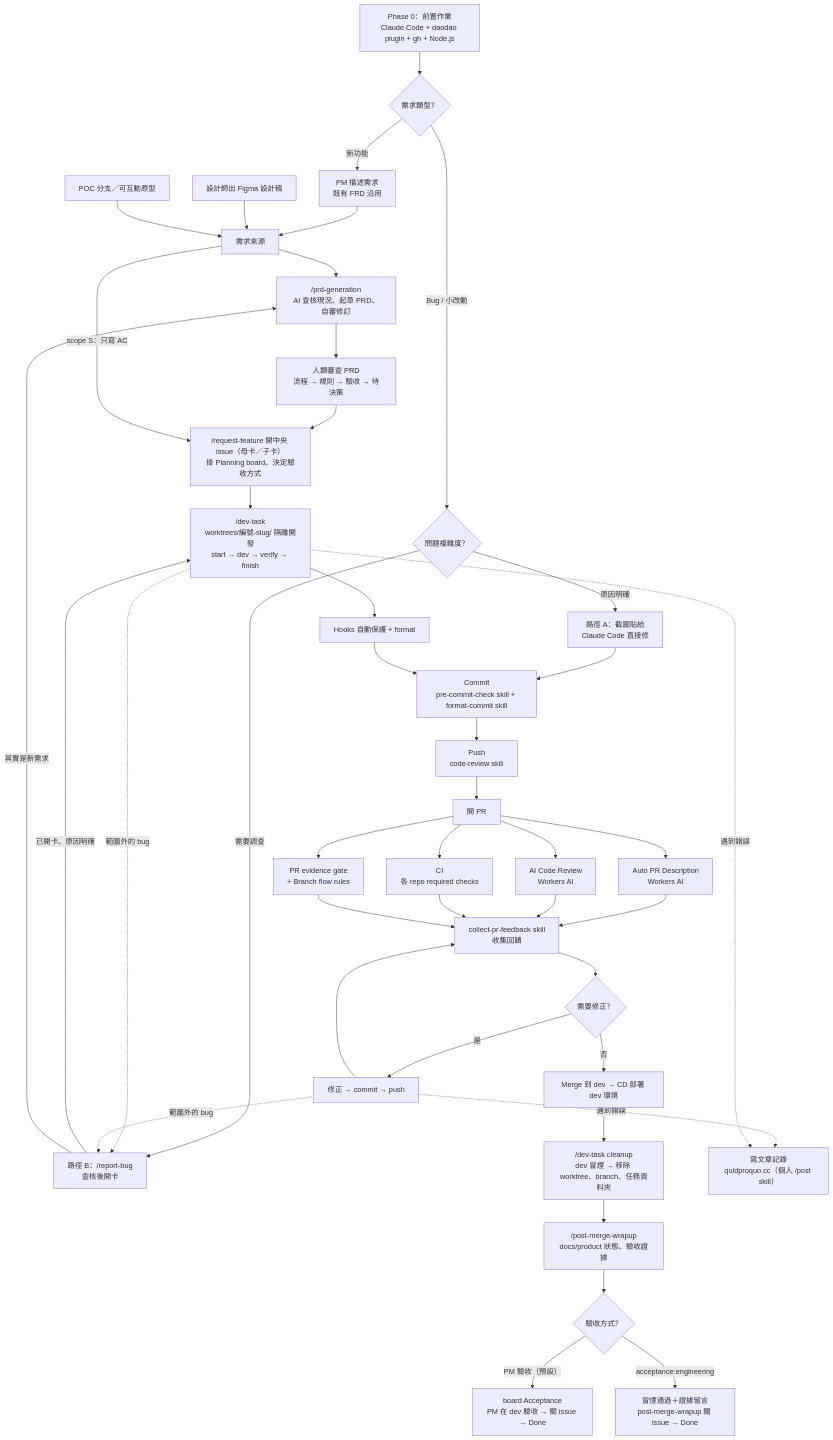
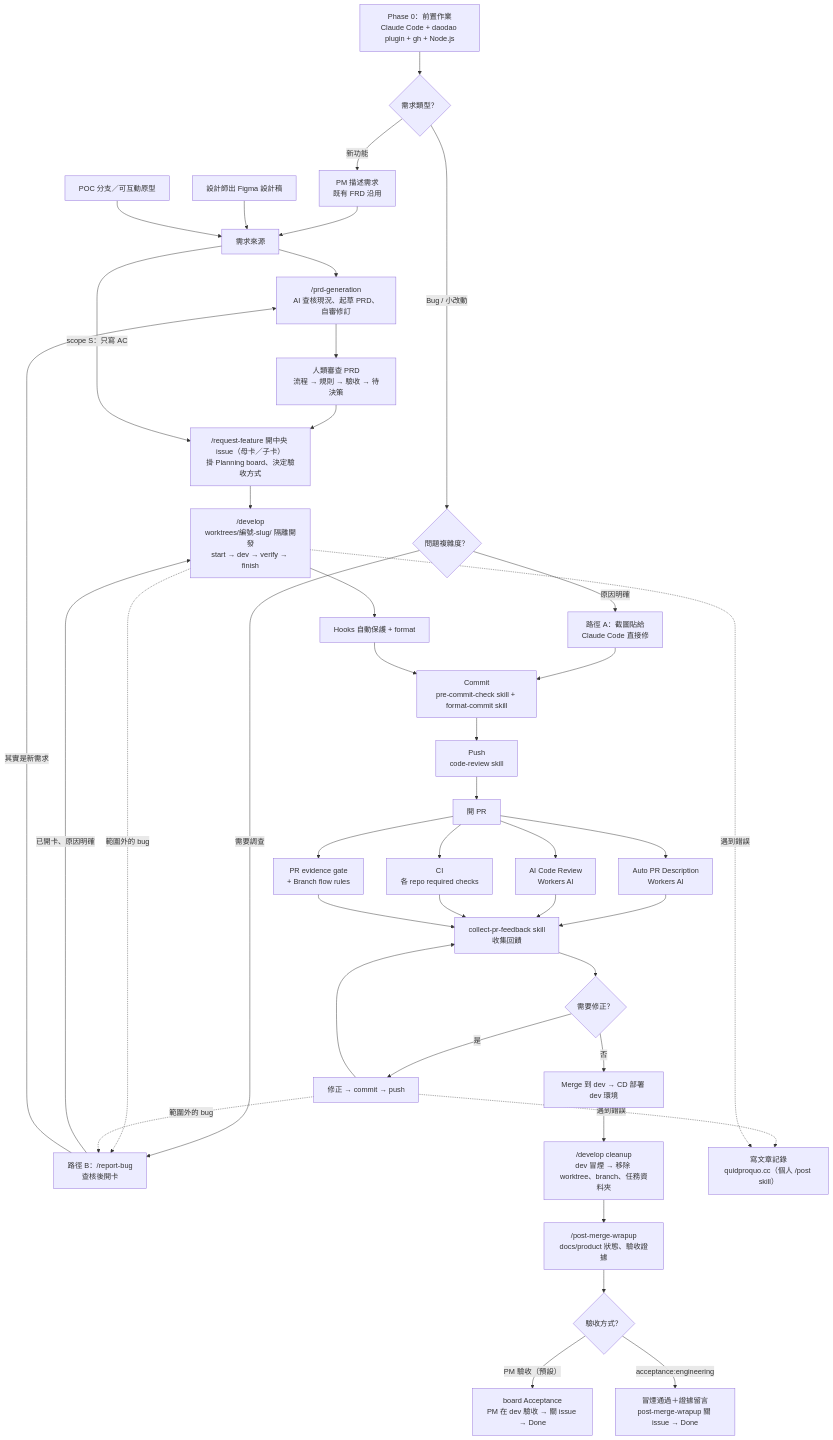
One commit to daodaoedu/daodao changed the diagram in docs/workflow.md. Above: the diagram before and after it, drawn with Mermaid. The commit also changed other lines of this file and 182 other files, not shown here.

First line of the commit message:
refactor(skills): dev-task 改名為 develop，參考 pstack 補上依任務類型分流的開發步驟 (#411)

````diff
--- a/docs/workflow.md
+++ b/docs/workflow.md
@@ -23,46 +23,46 @@
 ```mermaid
 flowchart TD
     A0["Phase 0：前置作業<br/>Claude Code + daodao plugin + gh + Node.js"] --> BUG{"需求類型？"}
 
     BUG -- "新功能" --> A1
     A1[PM 描述需求<br/>既有 FRD 沿用] --> A4[需求來源]
     A2[設計師出 Figma 設計稿] --> A4
     A3[POC 分支／可互動原型] --> A4
     A4 --> B["/prd-generation<br/>AI 查核現況、起草 PRD、自審修訂"]
 
     BUG -- "Bug / 小改動" --> BUGPATH{"問題複雜度？"}
     BUGPATH -- "原因明確" --> BUGA["路徑 A：截圖貼給<br/>Claude Code 直接修"]
     BUGA --> H
     BUGPATH -- "需要調查" --> BUGB["路徑 B：/report-bug<br/>查核後開卡"]
     BUGB -- "已開卡、原因明確" --> F
     BUGB -- "其實是新需求" --> B
     B --> E["人類審查 PRD<br/>流程 → 規則 → 驗收 → 待決策"]
     E --> E2["/request-feature 開中央 issue（母卡／子卡）<br/>掛 Planning board、決定驗收方式"]
     A4 -- "scope S：只寫 AC" --> E2
-    E2 --> F["/dev-task<br/>worktrees/編號-slug/ 隔離開發<br/>start → dev → verify → finish"]
+    E2 --> F["/develop<br/>worktrees/編號-slug/ 隔離開發<br/>start → dev → verify → finish"]
     F --> G["Hooks 自動保護 + format"]
     G --> H["Commit<br/>pre-commit-check skill + format-commit skill"]
     H --> I["Push<br/>code-review skill"]
     I --> J[開 PR]
 
     J --> K["Auto PR Description<br/>Workers AI"]
     J --> L["AI Code Review<br/>Workers AI"]
     J --> N["CI<br/>各 repo required checks"]
     J --> V["PR evidence gate<br/>+ Branch flow rules"]
 
     K & L & N & V --> O["collect-pr-feedback skill<br/>收集回饋"]
     O --> P{需要修正？}
     P -- 是 --> Q[修正 → commit → push] --> O
     P -- 否 --> R[Merge 到 dev → CD 部署 dev 環境]
-    R --> S["/dev-task cleanup<br/>dev 冒煙 → 移除 worktree、branch、任務資料夾"]
+    R --> S["/develop cleanup<br/>dev 冒煙 → 移除 worktree、branch、任務資料夾"]
     S --> T["/post-merge-wrapup<br/>docs/product 狀態、驗收證據"]
 
     Q -. 遇到錯誤 .-> U["寫文章記錄<br/>quidproquo.cc（個人 /post skill）"]
     F -. 遇到錯誤 .-> U
     F -. 範圍外的 bug .-> BUGB
     Q -. 範圍外的 bug .-> BUGB
 
     T --> Z{"驗收方式？"}
     Z -- "PM 驗收（預設）" --> Z1["board Acceptance<br/>PM 在 dev 驗收 → 關 issue → Done"]
     Z -- "acceptance:engineering" --> Z2["冒煙通過＋證據留言<br/>post-merge-wrapup 關 issue → Done"]
 ```
````
